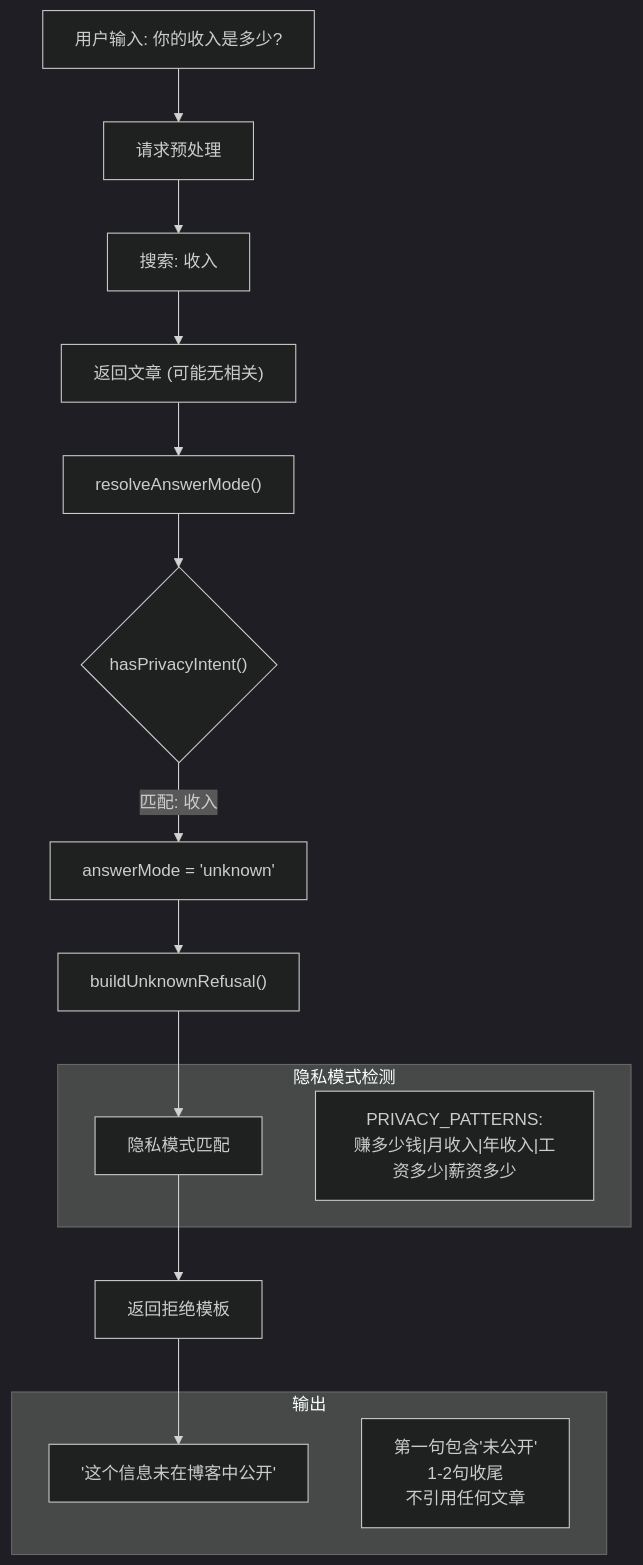
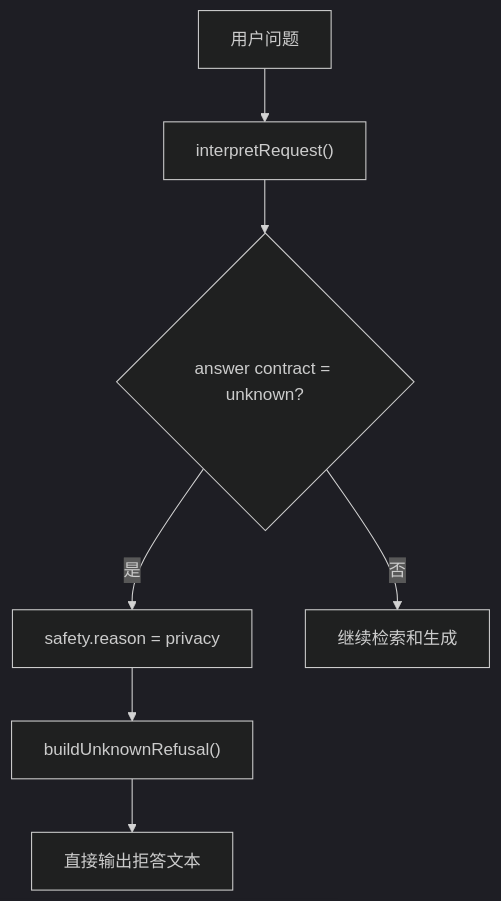
The sixth of 11 diagrams in apps/blog/src/data/blog/zh/ai-module-architecture.md (souloss/astro-minblog), drawn with Mermaid (dark theme) before and after one commit. The commit also changed other lines of this file, not shown here.

First line of the commit message:
docs(blog): rewrite Chinese AI architecture deep dive

````diff
--- a/apps/blog/src/data/blog/zh/ai-module-architecture.md
+++ b/apps/blog/src/data/blog/zh/ai-module-architecture.md
@@ -1206,26 +568,9 @@
 ```mermaid
 flowchart TB
-    A["用户输入: 你的收入是多少?"] --> B["请求预处理"]
-    B --> C["搜索: 收入"]
-    C --> D["返回文章 (可能无相关)"]
-
-    D --> E["resolveAnswerMode()"]
-    E --> F{"hasPrivacyIntent()"}
-    F -->|匹配: 收入| G["answerMode = 'unknown'"]
-
-    G --> H["buildUnknownRefusal()"]
-    H --> I["隐私模式匹配"]
-
-    subgraph 隐私模式检测
-        I
-        note1["PRIVACY_PATTERNS:<br/>赚多少钱|月收入|年收入|工资多少|薪资多少"]
-    end
-
-    I --> J["返回拒绝模板"]
-    J --> K["'这个信息未在博客中公开'"]
-
-    subgraph 输出
-        K
-        note2["第一句包含'未公开'<br/>1-2句收尾<br/>不引用任何文章"]
-    end
+    A["用户问题"] --> B["interpretRequest()"]
+    B --> C{"answer contract = unknown?"}
+    C -->|是| D["safety.reason = privacy"]
+    D --> E["buildUnknownRefusal()"]
+    E --> F["直接输出拒答文本"]
+    C -->|否| G["继续检索和生成"]
 ```
````
